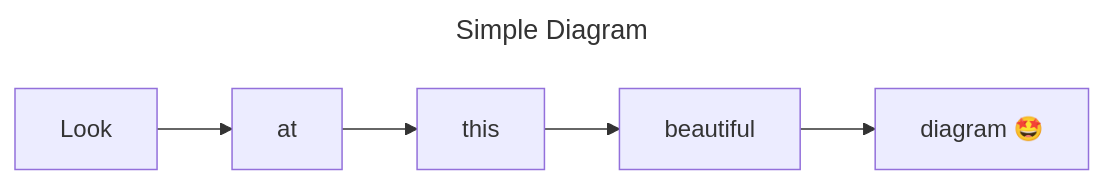
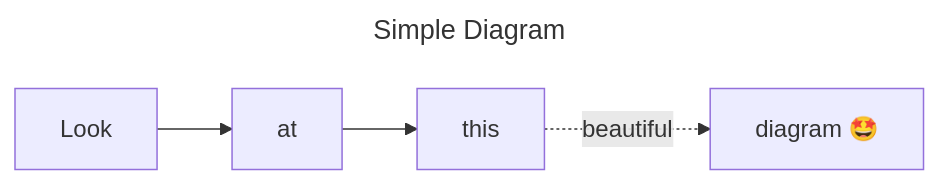
One commit to marcduiker/demotime-demotime changed the diagram in .demo/slides/examples/slide-examples.md. Above: the diagram before and after it, drawn with Mermaid. The commit also changed other lines of this file, not shown here.

````diff
--- a/.demo/slides/examples/slide-examples.md
+++ b/.demo/slides/examples/slide-examples.md
@@ -25,12 +29,11 @@
 ```mermaid
 ---
 title: Simple Diagram
 ---
 graph LR
     A[Look]
     B[at]
     C[this]
-    D[beautiful]
-    E[diagram 🤩]
-    A --> B --> C --> D --> E
+    D[diagram 🤩]
+    A --> B --> C -.->|beautiful| D
 ```
````
